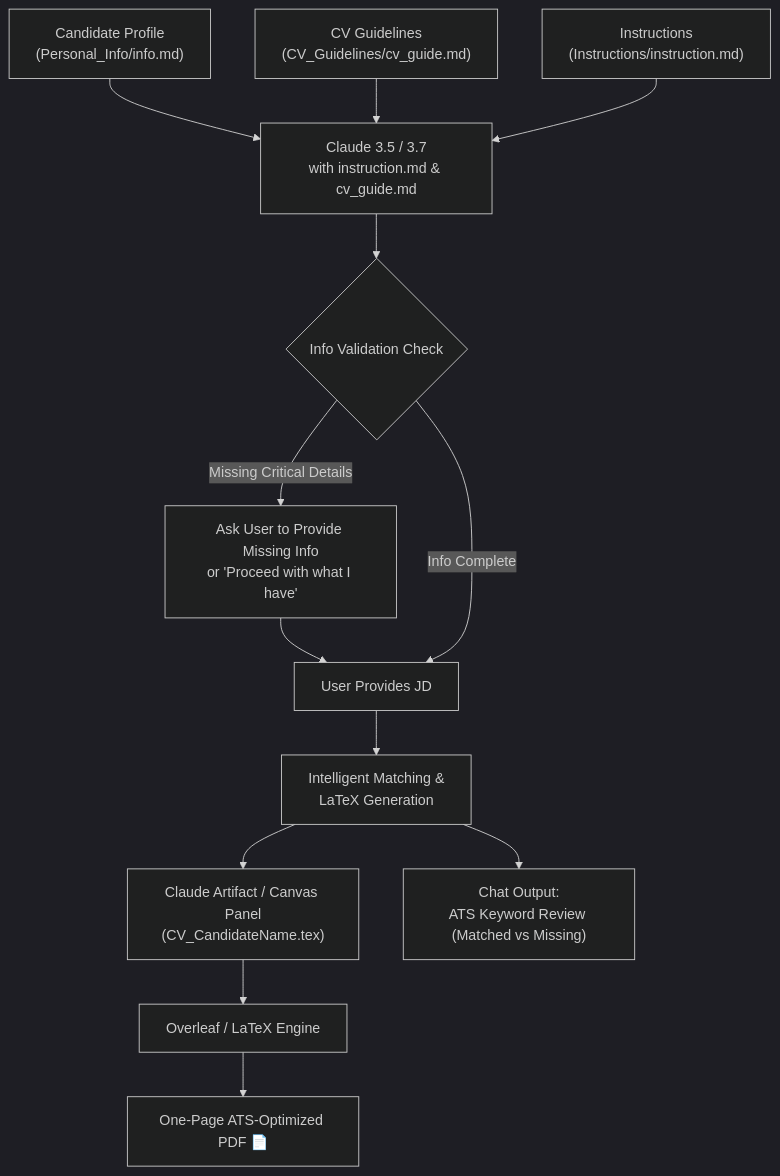
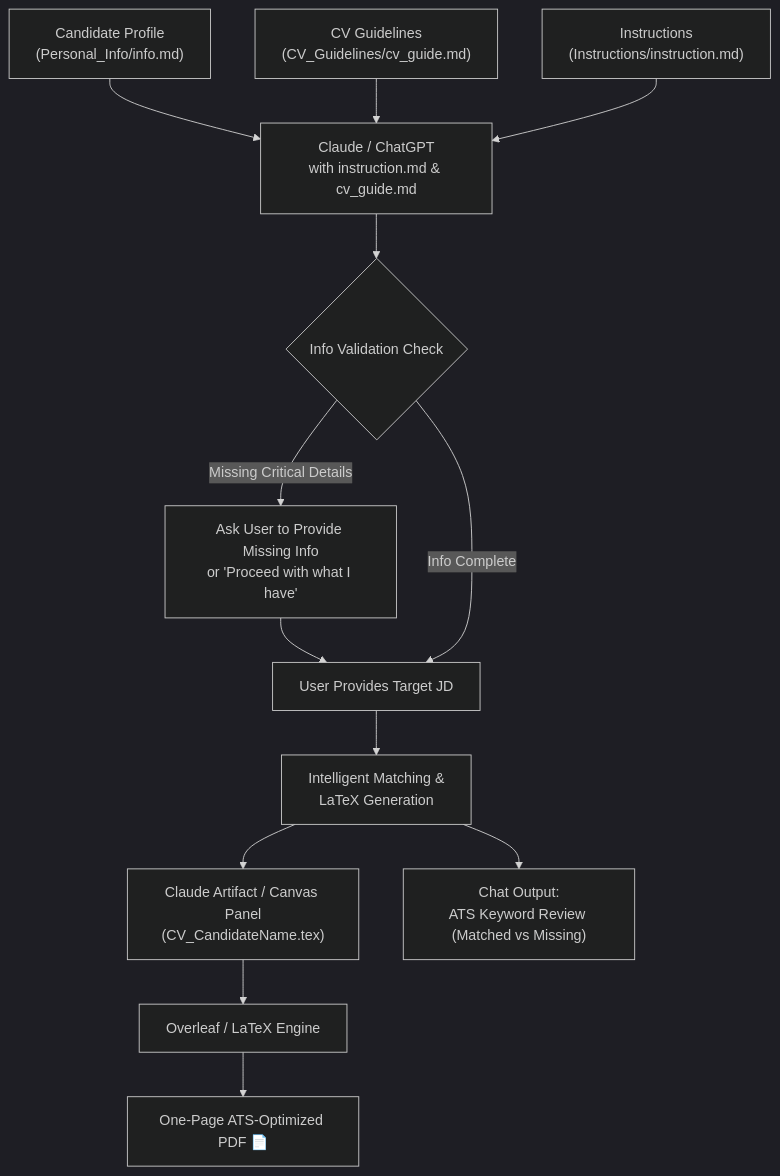
The diagram in README.md (sachilz/ATS-CV-Generator-Framework), drawn with Mermaid (dark theme) before and after one commit. The commit also changed other lines of this file and 3 other files, not shown here.

Commit message:
feat: make repo universally reusable for any candidate with info_template.md and generic guidelines

````diff
--- a/README.md
+++ b/README.md
@@ -48,18 +50,18 @@
 ```mermaid
 flowchart TD
-    A["Candidate Profile\n(Personal_Info/info.md)"] --> D["Claude 3.5 / 3.7\nwith instruction.md & cv_guide.md"]
+    A["Candidate Profile\n(Personal_Info/info.md)"] --> D["Claude / ChatGPT\nwith instruction.md & cv_guide.md"]
     B["CV Guidelines\n(CV_Guidelines/cv_guide.md)"] --> D
     C["Instructions\n(Instructions/instruction.md)"] --> D
     
     D --> E{"Info Validation Check"}
     E -- Missing Critical Details --> F["Ask User to Provide Missing Info\nor 'Proceed with what I have'"]
-    F --> G["User Provides JD"]
+    F --> G["User Provides Target JD"]
     E -- Info Complete --> G
     
     G --> H["Intelligent Matching &\nLaTeX Generation"]
     H --> I["Claude Artifact / Canvas Panel\n(CV_CandidateName.tex)"]
     H --> J["Chat Output:\nATS Keyword Review (Matched vs Missing)"]
     
     I --> K["Overleaf / LaTeX Engine"]
     K --> L["One-Page ATS-Optimized PDF 📄"]
 ```
````
